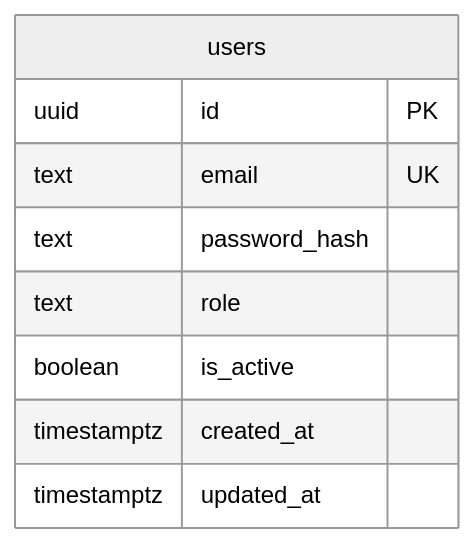
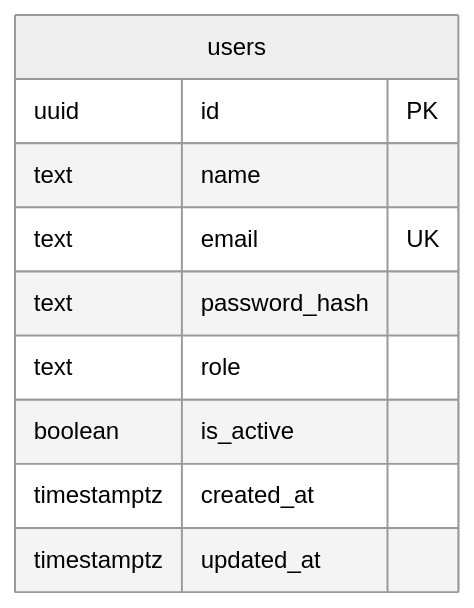
One commit to tourlida/ai-assisted-support-ops changed the third of 3 diagrams in database/ERD.md. Above: the diagram before and after it, drawn with Mermaid (neutral theme). The commit also changed 51 other files, not shown here.

````diff
--- a/database/ERD.md
+++ b/database/ERD.md
@@ -107,12 +107,13 @@
 ```mermaid
 erDiagram
     users {
         uuid id PK
+        text name
         text email UK
         text password_hash
         text role
         boolean is_active
         timestamptz created_at
         timestamptz updated_at
     }
 ```
````
